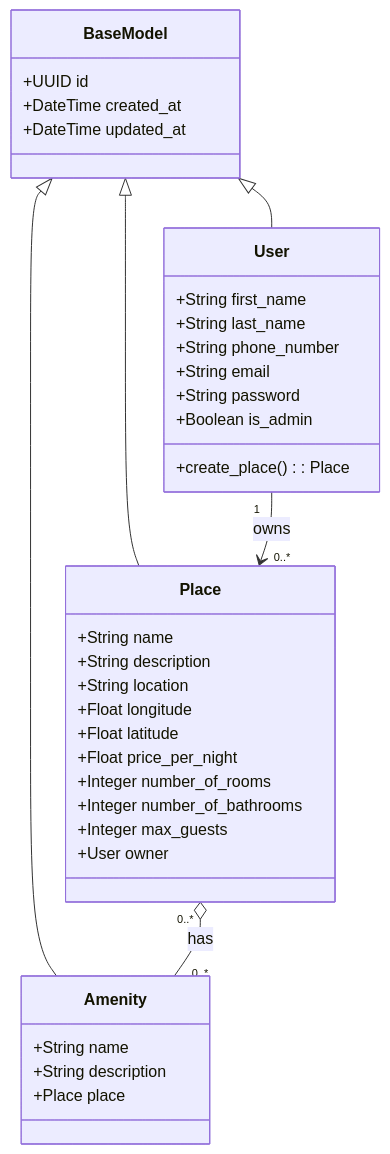
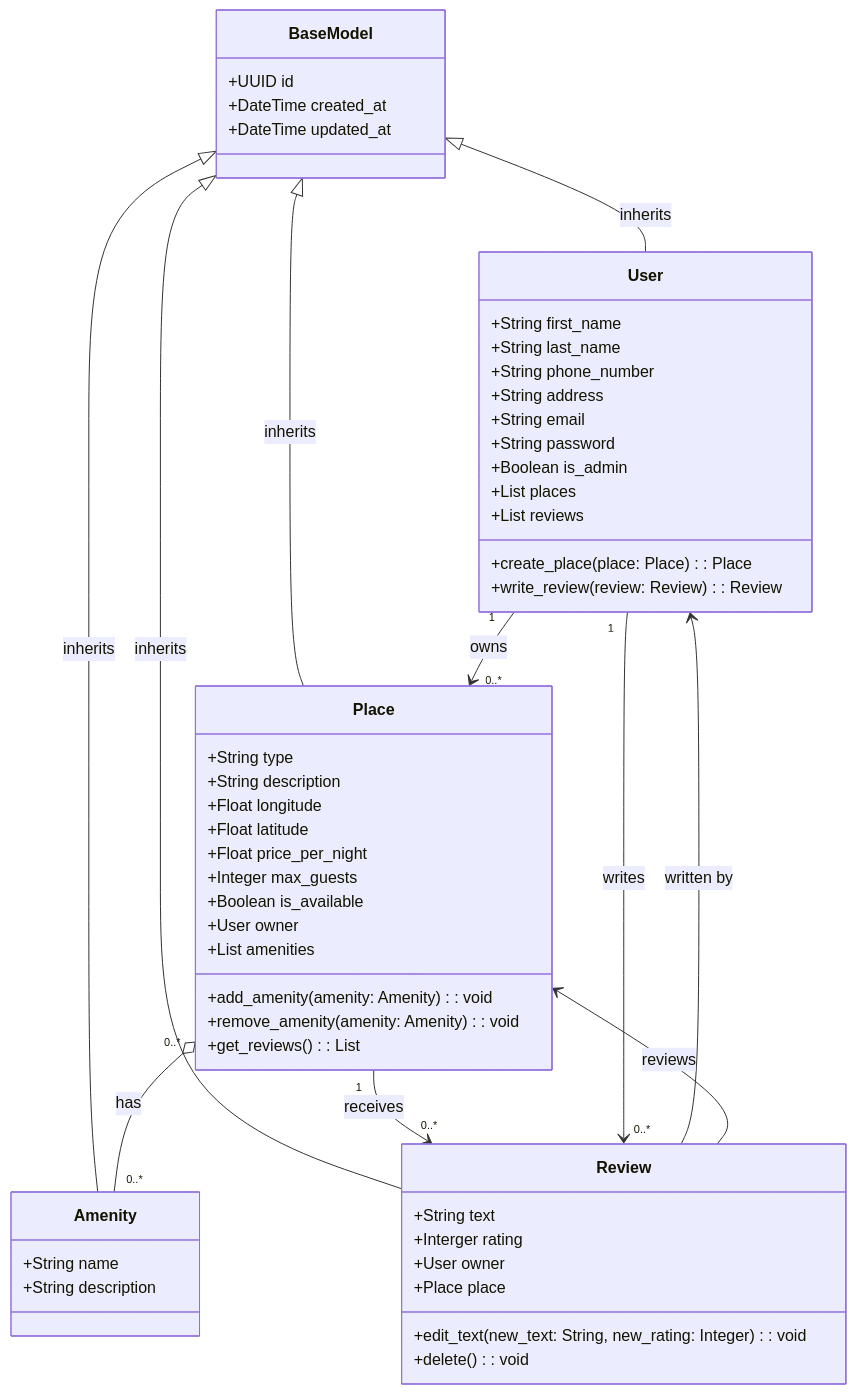
The diagram in part1/Detailed Class Diagram for Business Logic Layer.mmd (ItsZmainDev/holbertonschool-hbnb), drawn with Mermaid before and after one commit.

Commit message:
Finish the relationships and user,place,review model

```diff
--- a/part1/Detailed Class Diagram for Business Logic Layer.mmd
+++ b/part1/Detailed Class Diagram for Business Logic Layer.mmd
@@ -1,45 +1,63 @@
 classDiagram
+    class BaseModel {
+        +UUID id
+        +DateTime created_at
+        +DateTime updated_at
+    }
 
-class BaseModel {
-	+UUID id
-	+DateTime created_at
-	+DateTime updated_at
-}
+    class User {
+        +String first_name
+        +String last_name
+        +String phone_number
+        +String address
+        +String email
+        +String password
+        +Boolean is_admin
+        +List<Place> places
+        +List<Review> reviews
+        +create_place(place: Place): Place
+        +write_review(review: Review): Review
+    }
 
-class User {
-	+String first_name
-	+String last_name
-	+String phone_number
-	+String email
-	+String password
-	+Boolean is_admin
-	+create_place(): Place
-}
+    class Place {
+        +String type
+        +String description
+        +Float longitude
+        +Float latitude
+        +Float price_per_night
+        +Integer max_guests
+        +Boolean is_available
+        +User owner
+        +List<Amenity> amenities
+        +add_amenity(amenity: Amenity): void
+        +remove_amenity(amenity: Amenity): void
+        +get_reviews(): List<Review>
+    }
 
-class Place {
-	+String name
-	+String description
-	+String location
-	+Float longitude
-	+Float latitude
-	+Float price_per_night
-	+Integer number_of_rooms
-	+Integer number_of_bathrooms
-	+Integer max_guests
-	+User owner
-}
+    class Amenity {
+        +String name
+        +String description
+    }
 
-class Amenity {
-	+String name
-	+String description
-	+Place place
-}
+    class Review {
+        +String text
+        +Interger rating
+        +User owner
+        +Place place
+        +edit_text(new_text: String, new_rating: Integer): void
+        +delete(): void
+    }
 
-%% Inheritance
-BaseModel <|-- User
-BaseModel <|-- Place
-BaseModel <|-- Amenity
+    %% Inheritance
+    BaseModel <|-- User : inherits
+    BaseModel <|-- Place : inherits
+    BaseModel <|-- Amenity : inherits
+    BaseModel <|-- Review : inherits
 
-%% Relationships
-User "1" --> "0..*" Place : owns 
-Place "0..*" o-- "0..*" Amenity : has
+    %% Relationships
+    User "1" --> "0..*" Place : owns
+    Place "0..*" o-- "0..*" Amenity : has
+    Place "1" --> "0..*" Review : receives
+    User "1" --> "0..*" Review : writes
+    Review --> User: written by
+    Review --> Place: reviews
```
